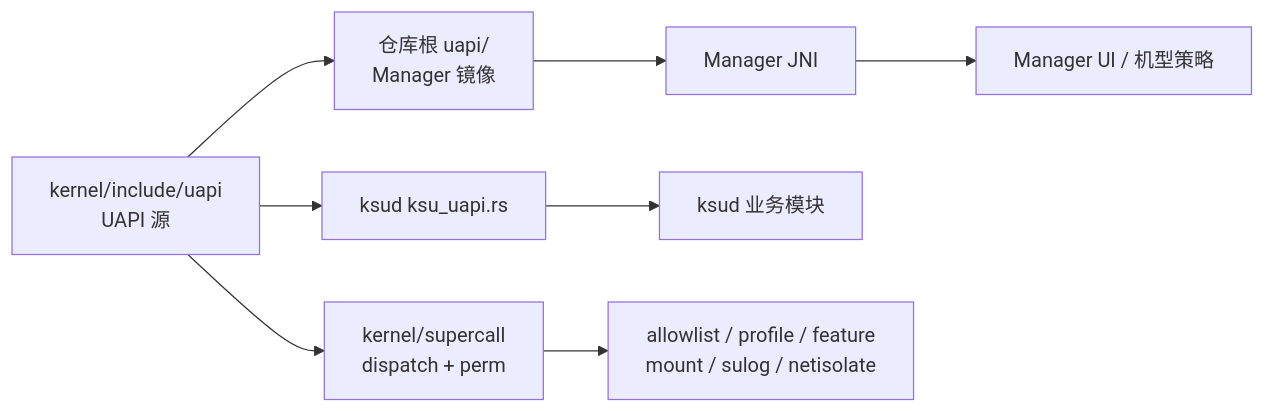
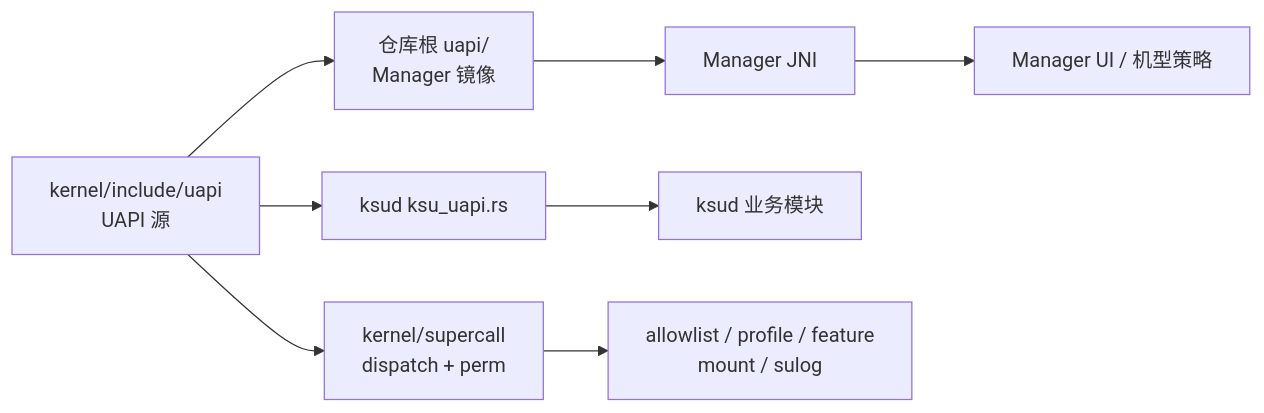
One commit to LxyaoX/FinaSU changed the first of 3 diagrams in website/docs/developer/supercall.md. Above: the diagram before and after it, drawn with Mermaid. The commit also changed other lines of this file and 135 other files, not shown here.

````diff
--- a/website/docs/developer/supercall.md
+++ b/website/docs/developer/supercall.md
@@ -21,10 +21,10 @@
 ```mermaid
 flowchart LR
     K["kernel/include/uapi<br/>UAPI 源"] --> D["kernel/supercall<br/>dispatch + perm"]
     K --> R["仓库根 uapi/<br/>Manager 镜像"]
     R --> J["Manager JNI"]
     K --> U["ksud ksu_uapi.rs"]
     U --> S["ksud 业务模块"]
     J --> M["Manager UI / 机型策略"]
-    D --> P["allowlist / profile / feature<br/>mount / sulog / netisolate"]
+    D --> P["allowlist / profile / feature<br/>mount / sulog"]
 ```
````
